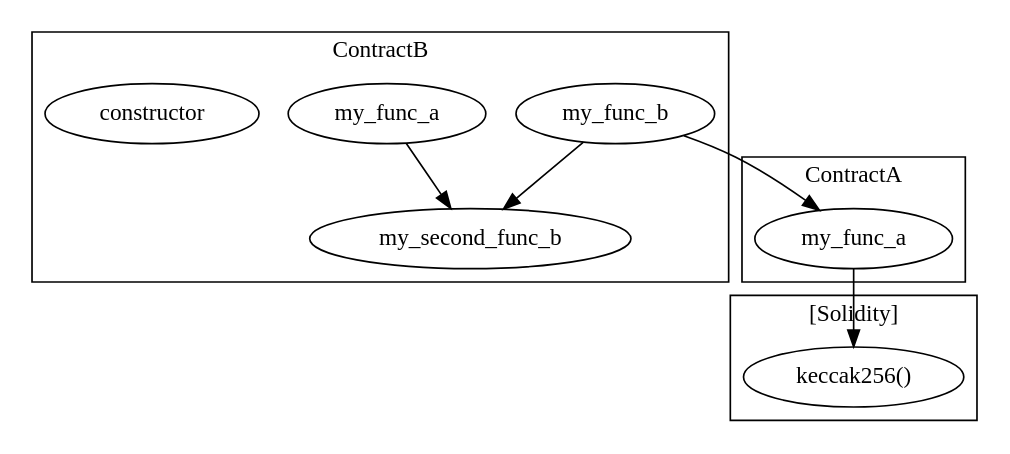
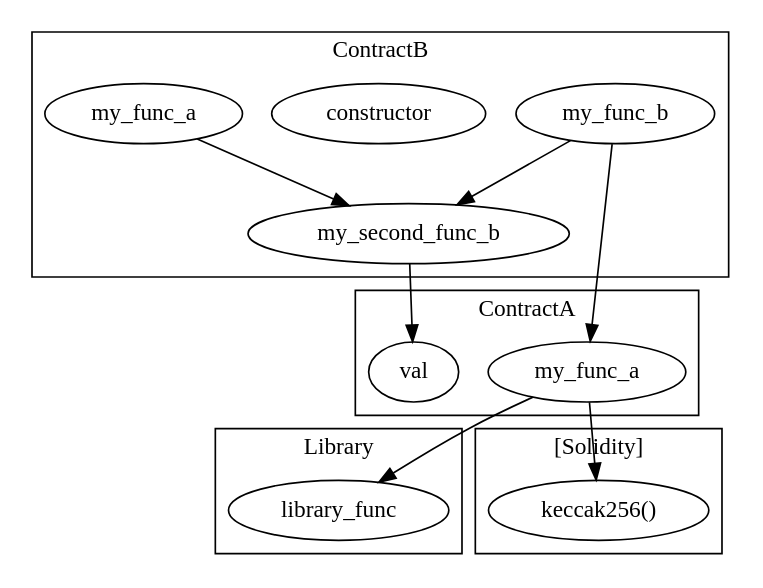
Before and after one commit to crytic/slither: the diagram in examples/printers/call_graph.sol.dot, drawn with Graphviz. The commit also changed 2 other files, not shown here.

```diff
--- a/examples/printers/call_graph.sol.dot
+++ b/examples/printers/call_graph.sol.dot
@@ -1,21 +1,28 @@
 strict digraph {
-subgraph cluster_9_ContractA {
+subgraph cluster_5_Library {
+label = "Library"
+"5_library_func" [label="library_func"]
+}
+subgraph cluster_22_ContractA {
 label = "ContractA"
-"9_my_func_a" [label="my_func_a"]
+"22_my_func_a" [label="my_func_a"]
+"22_val" [label="val"]
 }
-subgraph cluster_45_ContractB {
+subgraph cluster_63_ContractB {
 label = "ContractB"
-"45_my_func_a" [label="my_func_a"]
-"45_my_second_func_b" [label="my_second_func_b"]
-"45_my_func_b" [label="my_func_b"]
-"45_constructor" [label="constructor"]
-"45_my_func_b" -> "45_my_second_func_b"
-"45_my_func_a" -> "45_my_second_func_b"
+"63_my_second_func_b" [label="my_second_func_b"]
+"63_my_func_a" [label="my_func_a"]
+"63_constructor" [label="constructor"]
+"63_my_func_b" [label="my_func_b"]
+"63_my_func_b" -> "63_my_second_func_b"
+"63_my_func_a" -> "63_my_second_func_b"
 }
 subgraph cluster_solidity {
 label = "[Solidity]"
 "keccak256()" 
-"9_my_func_a" -> "keccak256()"
+"22_my_func_a" -> "keccak256()"
 }
-"45_my_func_b" -> "9_my_func_a"
+"22_my_func_a" -> "5_library_func"
+"63_my_func_b" -> "22_my_func_a"
+"63_my_second_func_b" -> "22_val"
 }
```
